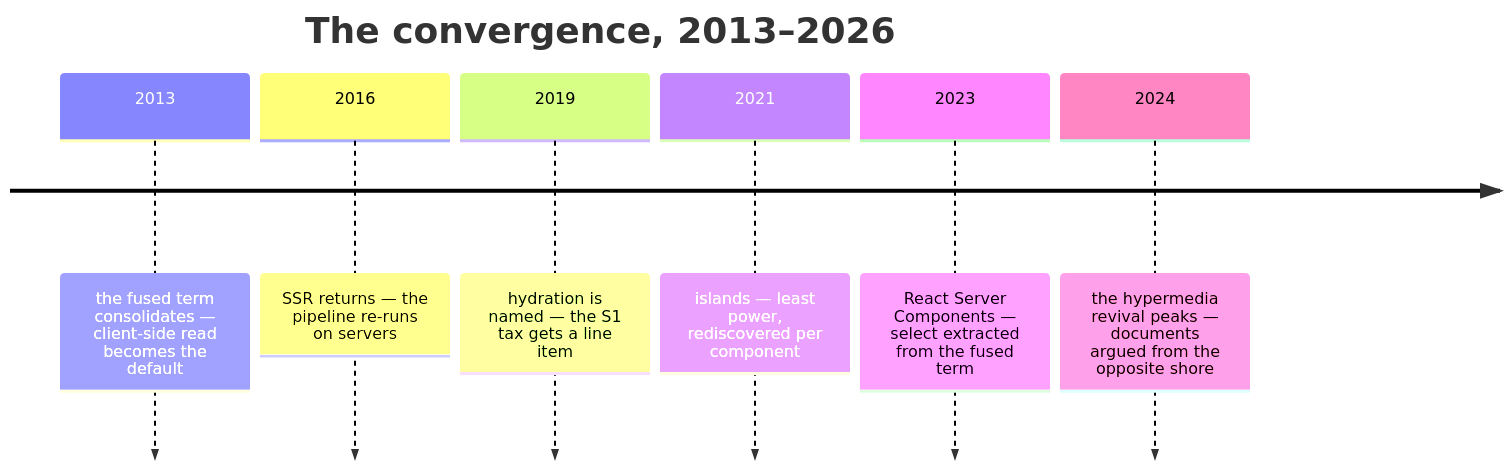
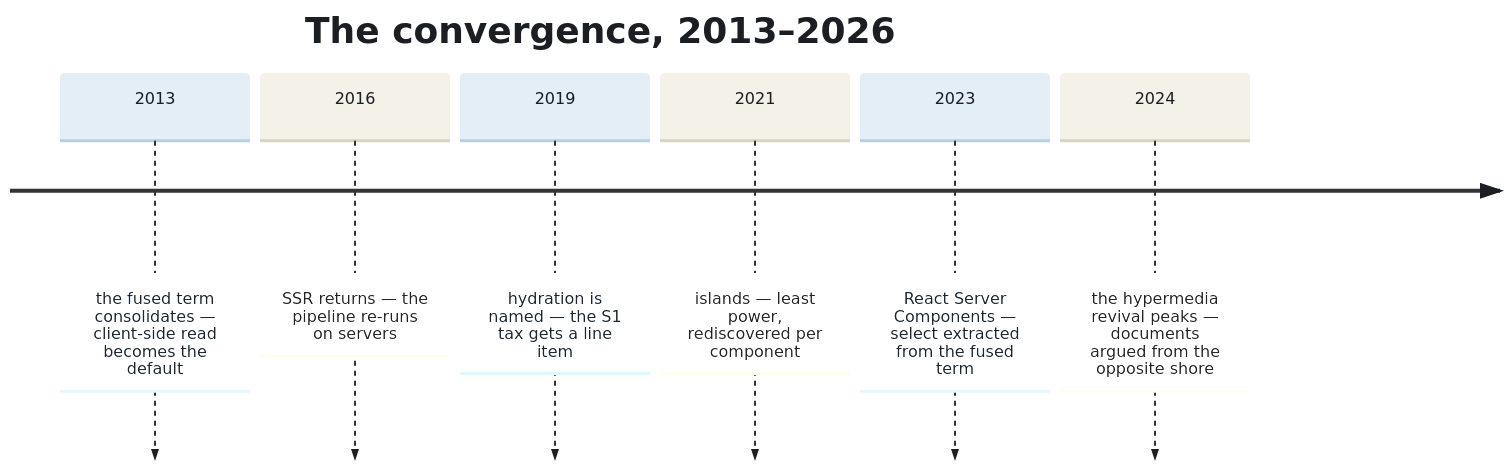
Before and after one commit to AtomGraph/First-Principles-of-the-Web: the seventh of 7 diagrams in first-principles-of-the-web.md, drawn with Mermaid. The commit also changed other lines of this file and 3 other files, not shown here.

First line of the commit message:
Visual polish: diagram theming, front-page cleanup, part TOCs

````diff
--- a/first-principles-of-the-web.md
+++ b/first-principles-of-the-web.md
@@ -743,10 +741,12 @@
 ```mermaid
+%%| column: page
+%%{init: {'theme':'base','themeVariables':{'fontFamily':'-apple-system, BlinkMacSystemFont, Segoe UI, Roboto, Helvetica Neue, Arial, sans-serif','textColor':'#1b1e22','lineColor':'#5a6270','cScale0':'#e3eef7','cScale1':'#f4f1e9','cScale2':'#e3eef7','cScale3':'#f4f1e9','cScale4':'#e3eef7','cScale5':'#f4f1e9','cScaleLabel0':'#1b1e22','cScaleLabel1':'#1b1e22','cScaleLabel2':'#1b1e22','cScaleLabel3':'#1b1e22','cScaleLabel4':'#1b1e22','cScaleLabel5':'#1b1e22','cScaleInv0':'#b9cfe4','cScaleInv1':'#d9d3c5','cScaleInv2':'#b9cfe4','cScaleInv3':'#d9d3c5','cScaleInv4':'#b9cfe4','cScaleInv5':'#d9d3c5'}}}%%
 timeline
     title The convergence, 2013–2026
     2013 : the fused term consolidates — client-side read becomes the default
     2016 : SSR returns — the pipeline re-runs on servers
     2019 : hydration is named — the S1 tax gets a line item
     2021 : islands — least power, rediscovered per component
     2023 : React Server Components — select extracted from the fused term
     2024 : the hypermedia revival peaks — documents argued from the opposite shore
 ```
````
